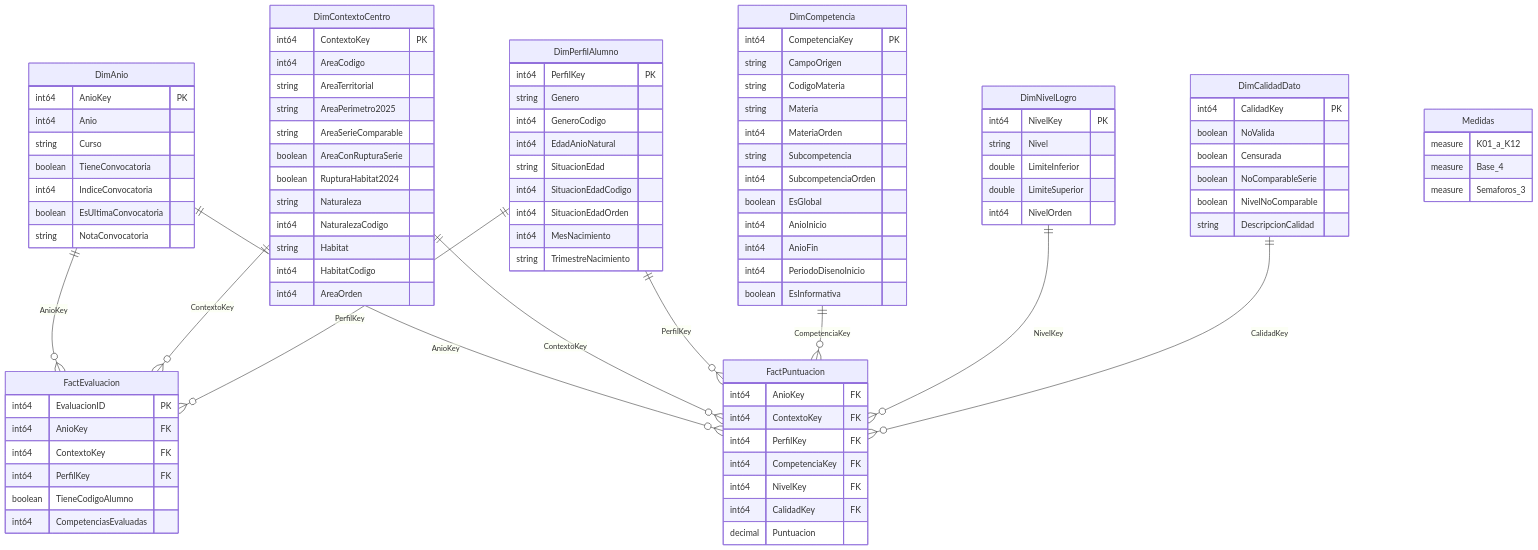
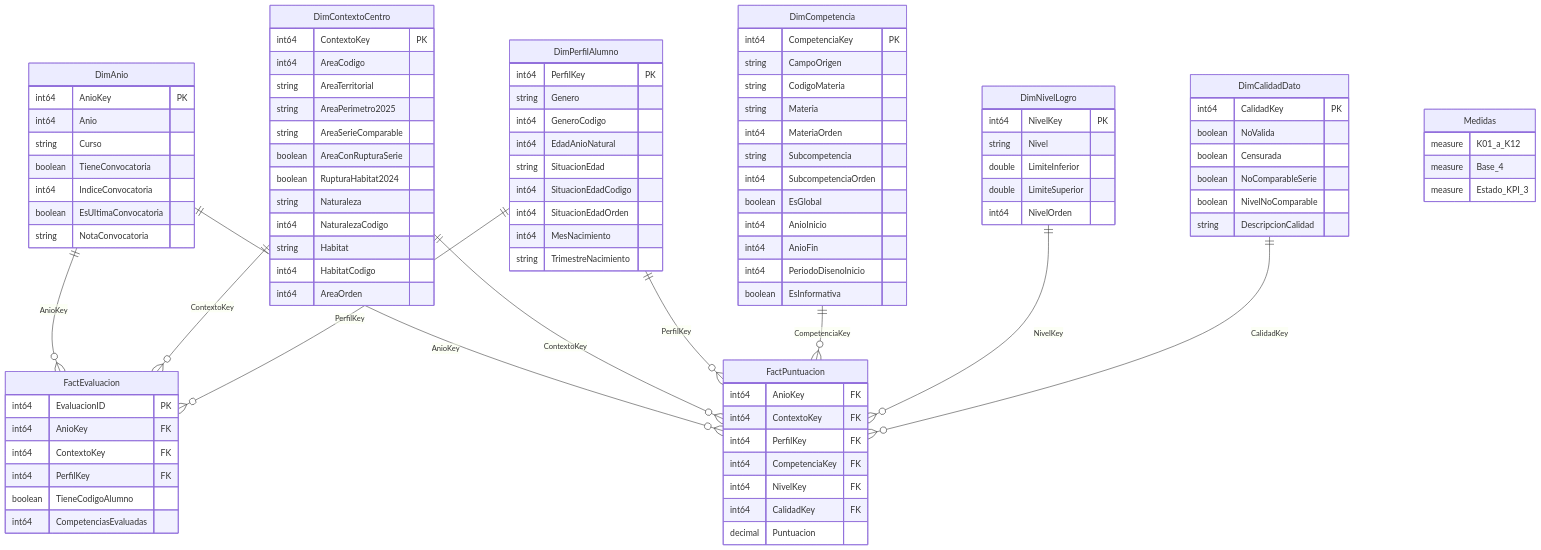
Before and after one commit to Ochimbo/TFG_Project: the second of 2 diagrams in Documentation/Docu_Final/Docu_Parcial/02_Modelo_y_diccionario.md, drawn with Mermaid. The commit also changed 2 other files, not shown here.

Commit message:
[IMP] Week_2: «estado del KPI» en lugar de «semáforo» en los documentos 02 y 04
- 02: el diagrama de _Medidas dice Estado_KPI_3.
- 04: el apartado de comprobación se titula «Estado de los KPIs por área».
- El nombre del fichero semaforos_2025.csv se mantiene: lo genera
  kpis_referencia.py y no lo ve ningún lector de la memoria (D-D07).

````diff
--- a/Documentation/Docu_Final/Docu_Parcial/02_Modelo_y_diccionario.md
+++ b/Documentation/Docu_Final/Docu_Parcial/02_Modelo_y_diccionario.md
@@ -163,6 +163,6 @@
     Medidas {
         measure K01_a_K12
         measure Base_4
-        measure Semaforos_3
+        measure Estado_KPI_3
     }
 ```
````
